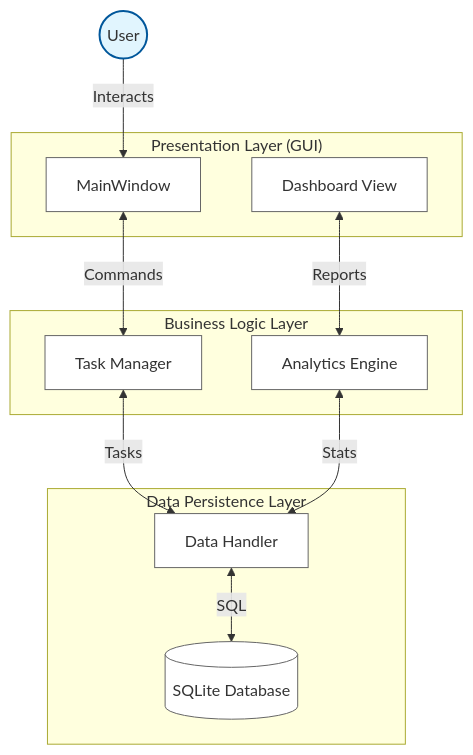
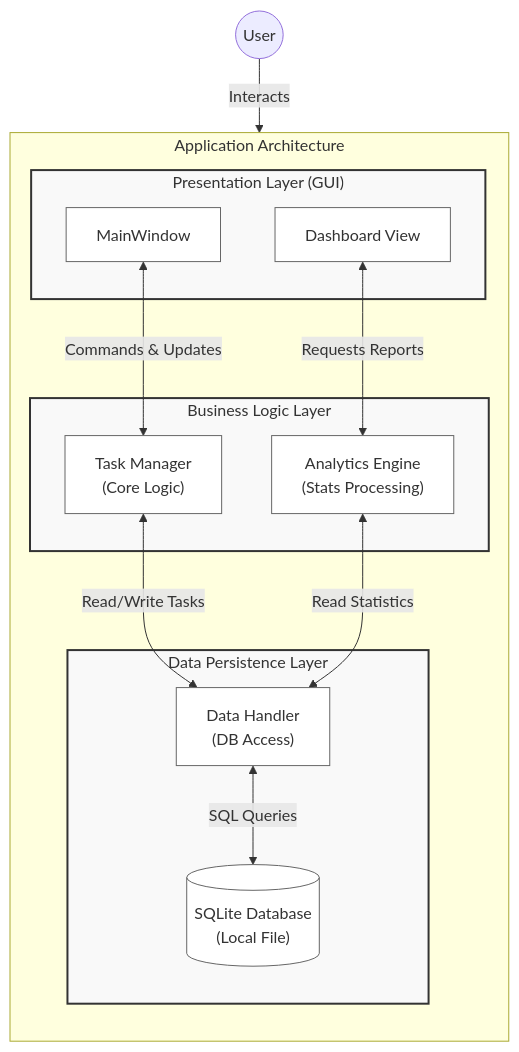
The diagram in README.md (jhoanna-delapaz/SE-Chimkens-Efficio), drawn with Mermaid before and after one commit. The commit also changed other lines of this file, not shown here.

Commit message:
Update README.md
changed system architecture

````diff
--- a/README.md
+++ b/README.md
@@ -16,34 +16,40 @@
 ```mermaid
 graph TD
     %% Styling
+    classDef layer fill:#f9f9f9,stroke:#333,stroke-width:2px;
     classDef component fill:#fff,stroke:#666,stroke-width:1px;
-    classDef user fill:#e1f5fe,stroke:#01579b,stroke-width:2px;
 
-    User((User)):::user
+    User((User))
 
-    subgraph Presentation ["Presentation Layer (GUI)"]
-        UI["MainWindow"]:::component
-        Dash["Dashboard View"]:::component
-    end
+    subgraph "Application Architecture"
+        direction TB
+        
+        subgraph Presentation ["Presentation Layer (GUI)"]
+            UI["MainWindow"]:::component
+            Dash["Dashboard View"]:::component
+        end
 
-    subgraph Logic ["Business Logic Layer"]
-        TM["Task Manager"]:::component
-        Analytics["Analytics Engine"]:::component
-    end
+        subgraph Logic ["Business Logic Layer"]
+            TM["Task Manager<br/>(Core Logic)"]:::component
+            Analytics["Analytics Engine<br/>(Stats Processing)"]:::component
+        end
 
-    subgraph Data ["Data Persistence Layer"]
-        Repo["Data Handler"]:::component
-        DB[("SQLite Database")]:::component
+        subgraph Data ["Data Persistence Layer"]
+            Repo["Data Handler<br/>(DB Access)"]:::component
+            DB[("SQLite Database<br/>(Local File)")]:::component
+        end
     end
 
     %% Key Interactions
     User -->|Interacts| UI
     
-    UI <-->|Commands| TM
-    Dash <-->|Reports| Analytics
+    UI <-->|Commands & Updates| TM
+    Dash <-->|Requests Reports| Analytics
     
-    TM <-->|Tasks| Repo
-    Analytics <-->|Stats| Repo
+    TM <-->|Read/Write Tasks| Repo
+    Analytics <-->|Read Statistics| Repo
     
-    Repo <-->|SQL| DB
+    Repo <-->|SQL Queries| DB
+
+    class Presentation,Logic,Data layer;
 ```
````
